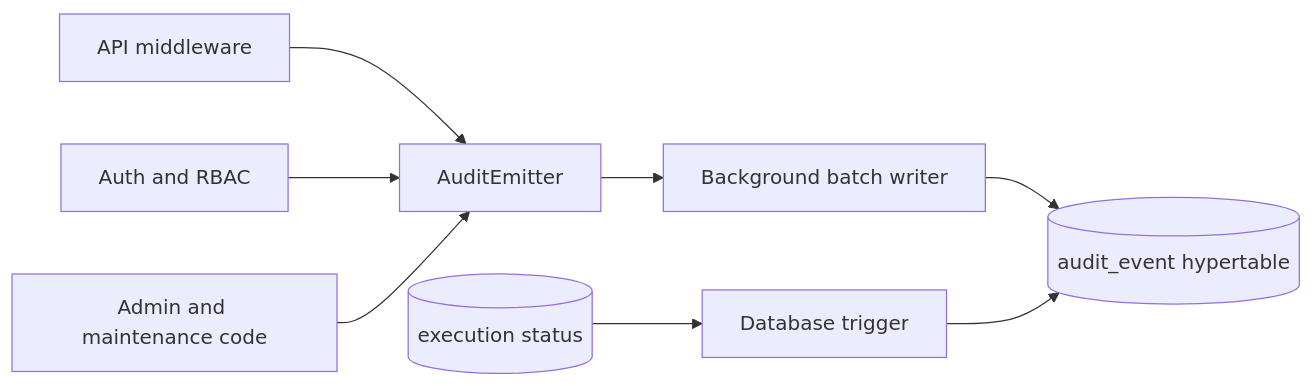
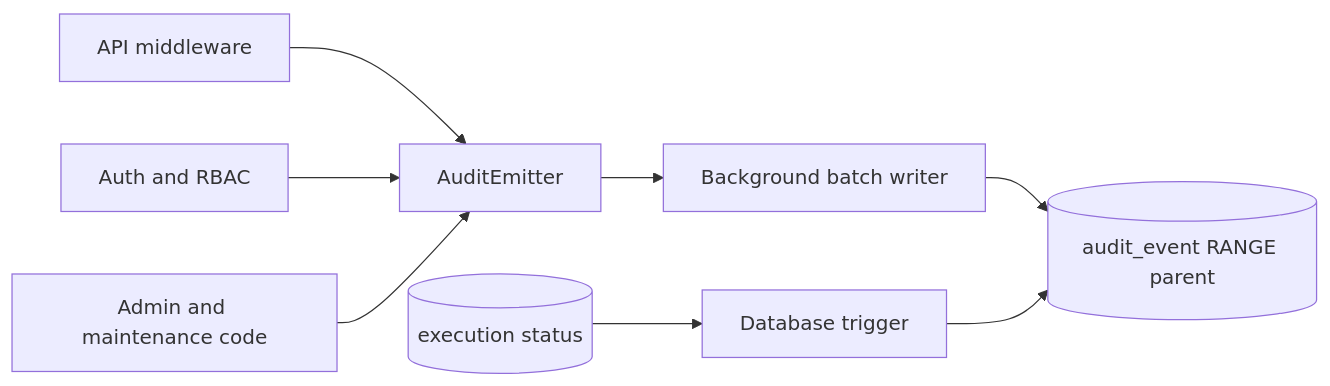
One commit to attune-system/attune-docs-site changed the diagram in src/content/docs/internal-implementation/data-structures/audit-events.md. Above: the diagram before and after it, drawn with Mermaid. The commit also changed other lines of this file and 34 other files, not shown here.

Commit message:
Release documentation 0.1.14 with current contracts and secure diagrams (#12)

````diff
--- a/src/content/docs/internal-implementation/data-structures/audit-events.md
+++ b/src/content/docs/internal-implementation/data-structures/audit-events.md
@@ -30,10 +30,10 @@
 ```mermaid
 flowchart LR
     HTTP[API middleware] --> EM[AuditEmitter]
     AUTH[Auth and RBAC] --> EM
     ADMIN[Admin and maintenance code] --> EM
     EM --> BW[Background batch writer]
-    BW --> A[(audit_event hypertable)]
+    BW --> A[(audit_event RANGE parent)]
     X[(execution status)] --> DBT[Database trigger]
     DBT --> A
 ```
````
